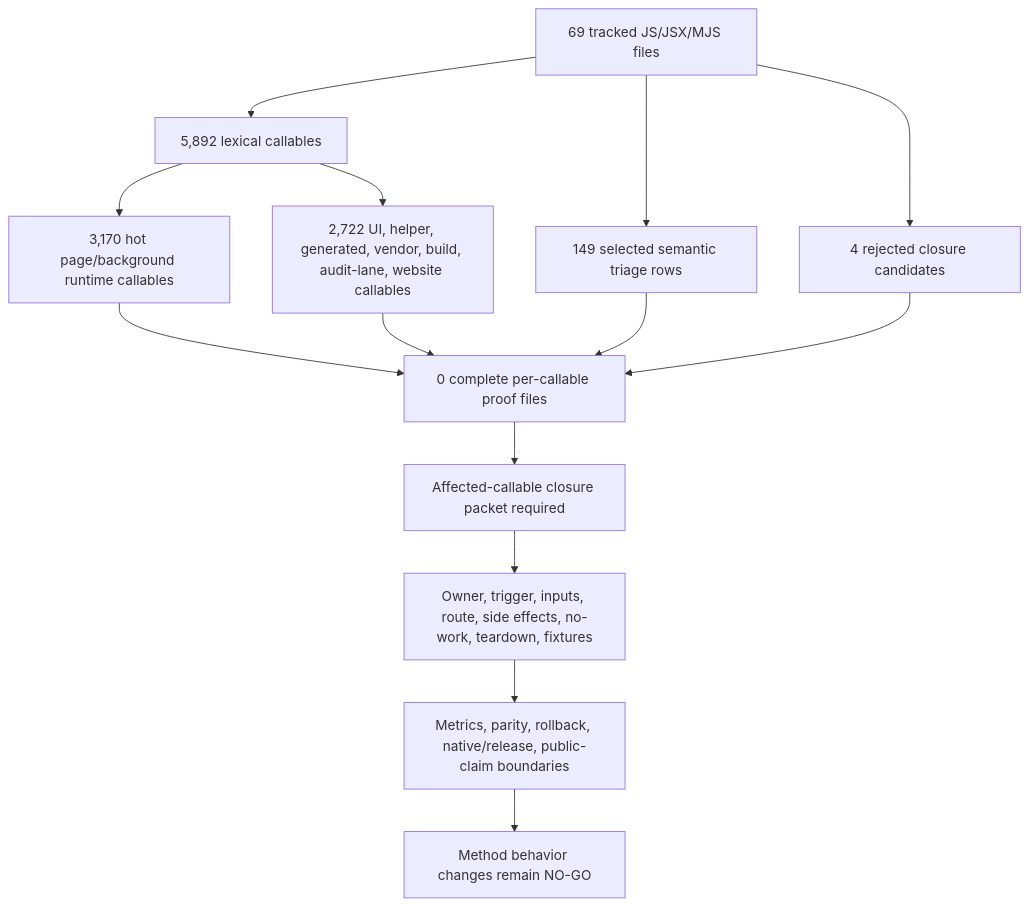
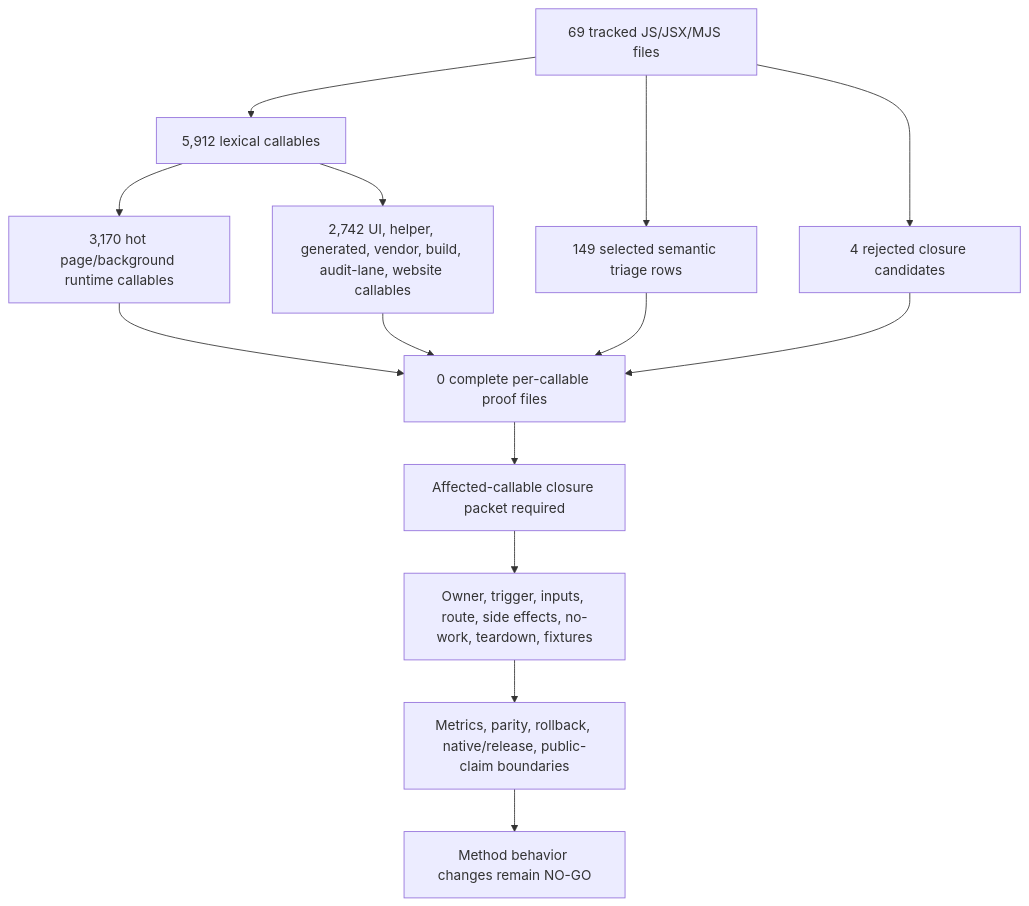
One commit to varshneydevansh/FilterTube changed the first of 2 diagrams in docs/audit/FILTERTUBE_METHOD_SEMANTIC_PROOF_GAP_INDEX_CURRENT_BEHAVIOR_2026-05-25.md. Above: the diagram before and after it, drawn with Mermaid. The commit also changed other lines of this file and 50 other files, not shown here.

````diff
--- a/docs/audit/FILTERTUBE_METHOD_SEMANTIC_PROOF_GAP_INDEX_CURRENT_BEHAVIOR_2026-05-25.md
+++ b/docs/audit/FILTERTUBE_METHOD_SEMANTIC_PROOF_GAP_INDEX_CURRENT_BEHAVIOR_2026-05-25.md
@@ -144,16 +144,16 @@
 ```mermaid
 flowchart TD
-  A["69 tracked JS/JSX/MJS files"] --> B["5,892 lexical callables"]
+  A["69 tracked JS/JSX/MJS files"] --> B["5,912 lexical callables"]
   B --> C["3,170 hot page/background runtime callables"]
-  B --> D["2,722 UI, helper, generated, vendor, build, audit-lane, website callables"]
+  B --> D["2,742 UI, helper, generated, vendor, build, audit-lane, website callables"]
   A --> E["149 selected semantic triage rows"]
   A --> F["4 rejected closure candidates"]
   C --> G["0 complete per-callable proof files"]
   D --> G
   E --> G
   F --> G
   G --> H["Affected-callable closure packet required"]
   H --> I["Owner, trigger, inputs, route, side effects, no-work, teardown, fixtures"]
   I --> J["Metrics, parity, rollback, native/release, public-claim boundaries"]
   J --> K["Method behavior changes remain NO-GO"]
 ```
````
